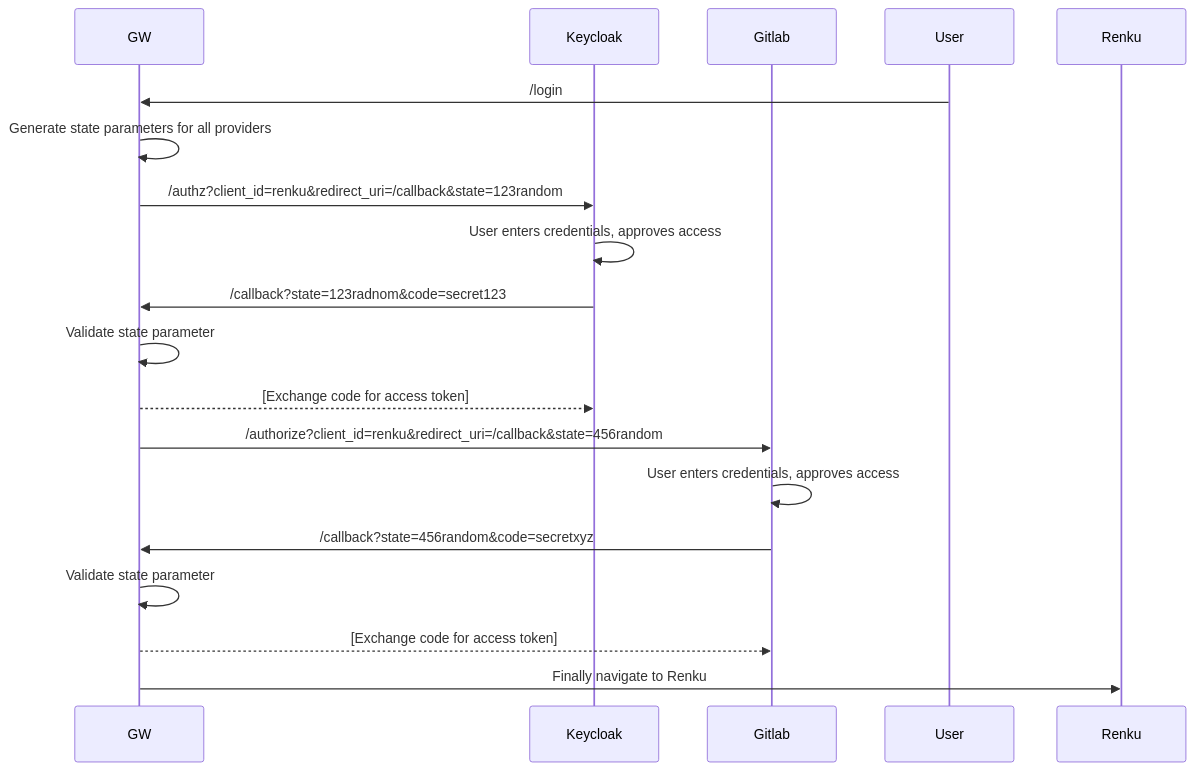
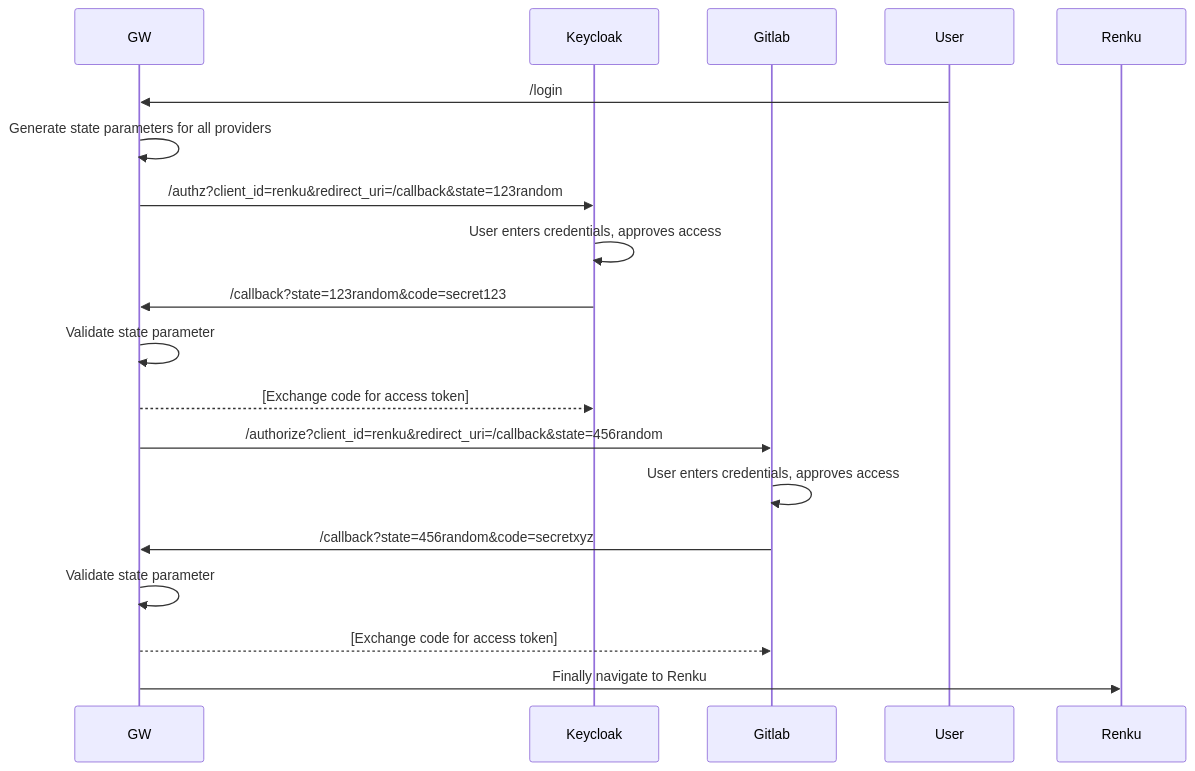
One commit to SwissDataScienceCenter/renku-gateway changed the second of 3 diagrams in README.md. Above: the diagram before and after it, drawn with Mermaid. The commit also changed other lines of this file and 2 other files, not shown here.

Commit message:
squashme: apply suggestions from code review

````diff
--- a/README.md
+++ b/README.md
@@ -35,22 +35,22 @@
 ```mermaid
 sequenceDiagram
     Participant GW
     Participant KC as Keycloak
     Participant GL as Gitlab
     Participant U as User
     Participant R as Renku
     
     U ->> GW: /login
     GW ->> GW: Generate state parameters for all providers
     GW ->> KC: /authz?client_id=renku&redirect_uri=/callback&state=123random
     KC ->> KC: User enters credentials, approves access
-    KC ->> GW: /callback?state=123radnom&code=secret123
+    KC ->> GW: /callback?state=123random&code=secret123
     GW ->> GW: Validate state parameter
     GW -->> KC: [Exchange code for access token]
     GW ->> GL: /authorize?client_id=renku&redirect_uri=/callback&state=456random
     GL ->> GL: User enters credentials, approves access
     GL ->> GW: /callback?state=456random&code=secretxyz
     GW ->> GW: Validate state parameter
     GW -->> GL: [Exchange code for access token]
     GW ->> R: Finally navigate to Renku    
 ```
````
